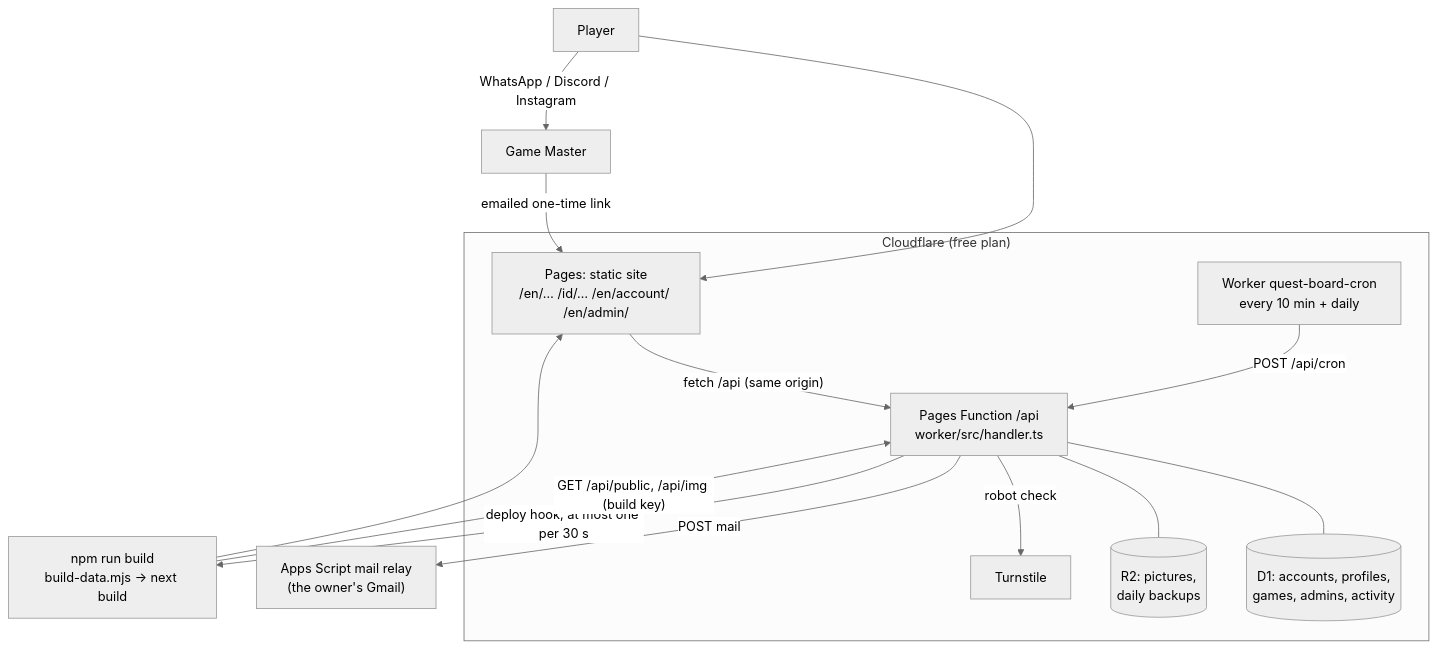
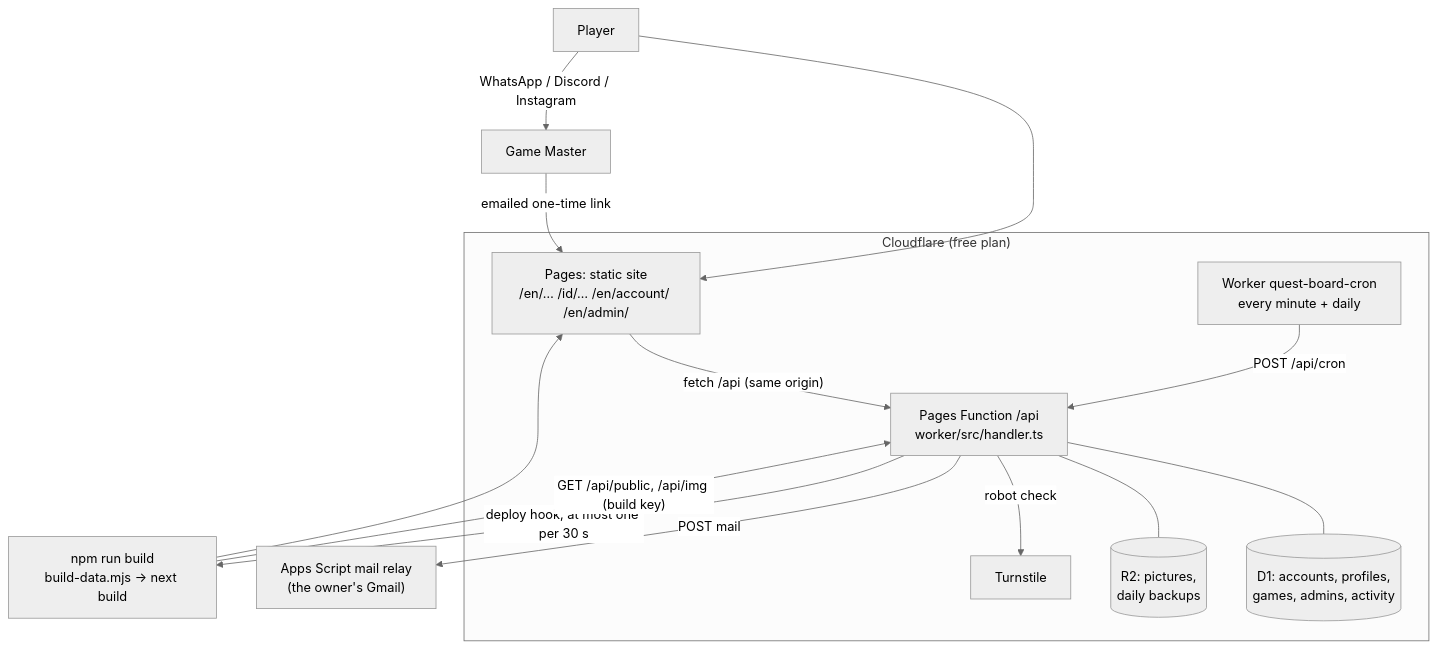
The first of 3 diagrams in docs/architecture.md (addin12/quest-board-tpk), drawn with Mermaid (neutral theme) before and after one commit. The commit also changed 13 other files, not shown here.

Commit message:
Small backlog: slow-phone Filters tap is remembered, docs/setup.md references point to cutover.md, diagram says every minute, relay rotation steps documented, sharper L5R 4e and Shadowrun 3e covers

````diff
--- a/docs/architecture.md
+++ b/docs/architecture.md
@@ -9,24 +9,24 @@
 ```mermaid
 flowchart TB
   subgraph CF["Cloudflare (free plan)"]
     PAGES["Pages: static site<br/>/en/… /id/… /en/account/ /en/admin/"]
     FN["Pages Function /api<br/>worker/src/handler.ts"]
     D1[(D1: accounts, profiles,<br/>games, admins, activity)]
     R2[(R2: pictures,<br/>daily backups)]
-    CRON["Worker quest-board-cron<br/>every 10 min + daily"]
+    CRON["Worker quest-board-cron<br/>every minute + daily"]
     TS[Turnstile]
   end
   GAS["Apps Script mail relay<br/>(the owner's Gmail)"]
   GM[Game Master] -- "emailed one-time link" --> PAGES
   PAGES -- "fetch /api (same origin)" --> FN
   FN --- D1
   FN --- R2
   FN -- "robot check" --> TS
   FN -- "POST mail" --> GAS
   FN -- "deploy hook, at most one per 30 s" --> BUILD
   CRON -- "POST /api/cron" --> FN
   BUILD["npm run build<br/>build-data.mjs → next build"] -- "GET /api/public, /api/img (build key)" --> FN
   BUILD --> PAGES
   P[Player] --> PAGES
   P -- "WhatsApp / Discord / Instagram" --> GM
 ```
````
